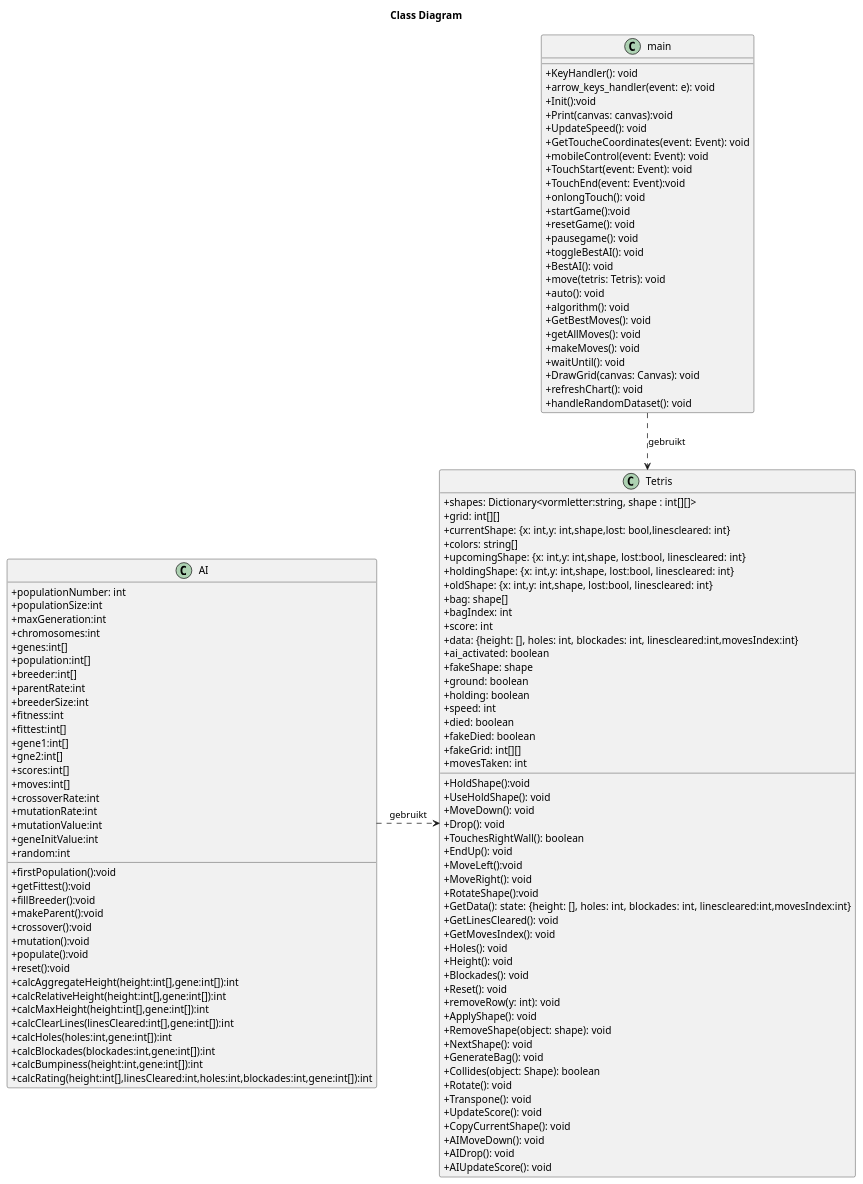
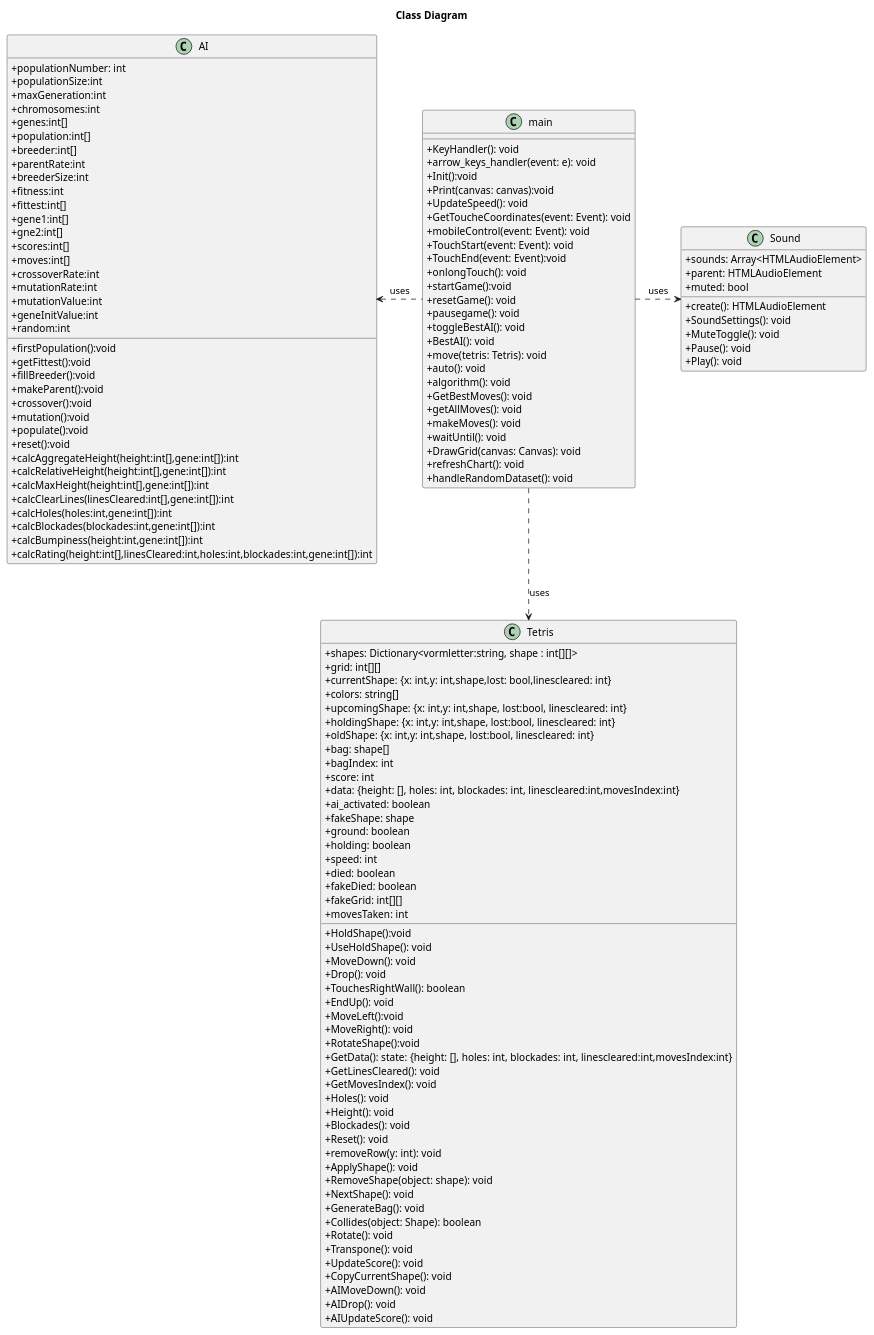
Before and after one commit to matissecallewaert/ai-tetris: the diagram in Analyse/Class.puml, drawn with PlantUML. The commit also changed 2 other files, not shown here.

```diff
--- a/Analyse/Class.puml
+++ b/Analyse/Class.puml
@@ -1,125 +1,139 @@
 @startuml klassediagram tetrisAI
 
 title ==Class Diagram==
 
 skinparam ClassAttributeIconSize 0
 class Tetris{
     +shapes: Dictionary<vormletter:string, shape : int[][]>
     +grid: int[][]
     +currentShape: {x: int,y: int,shape,lost: bool,linescleared: int}
     +colors: string[]
     +upcomingShape: {x: int,y: int,shape, lost:bool, linescleared: int}
     +holdingShape: {x: int,y: int,shape, lost:bool, linescleared: int}
     +oldShape: {x: int,y: int,shape, lost:bool, linescleared: int}
     +bag: shape[]
     +bagIndex: int
     +score: int
     +data: {height: [], holes: int, blockades: int, linescleared:int,movesIndex:int}
     +ai_activated: boolean
     +fakeShape: shape
     +ground: boolean
     +holding: boolean   
     +speed: int
     +died: boolean
     +fakeDied: boolean
     +fakeGrid: int[][]
     +HoldShape():void
     +UseHoldShape(): void
     +movesTaken: int
     +MoveDown(): void
     +Drop(): void
     +TouchesRightWall(): boolean
     +EndUp(): void
     +MoveLeft():void
     +MoveRight(): void
     +RotateShape():void
     +GetData(): state: {height: [], holes: int, blockades: int, linescleared:int,movesIndex:int}
     +GetLinesCleared(): void
     +GetMovesIndex(): void
     +Holes(): void
     +Height(): void
     +Blockades(): void
     +Reset(): void
     +removeRow(y: int): void
     +ApplyShape(): void
     +RemoveShape(object: shape): void
     +NextShape(): void
     +GenerateBag(): void
     +Collides(object: Shape): boolean
     +Rotate(): void
     +Transpone(): void
     +UpdateScore(): void
     +CopyCurrentShape(): void
     +AIMoveDown(): void
     +AIDrop(): void
     +AIUpdateScore(): void
 }
 class AI{
     +populationNumber: int
     +populationSize:int
     +maxGeneration:int
     +chromosomes:int
     +genes:int[]
     +population:int[]
     +breeder:int[]
     +parentRate:int
     +breederSize:int
     +fitness:int
     +fittest:int[]
     +gene1:int[]
     +gne2:int[]
     +scores:int[]
     +moves:int[]
     +crossoverRate:int
     +mutationRate:int
     +mutationValue:int
     +geneInitValue:int
     +random:int
     +firstPopulation():void
     +getFittest():void
     +fillBreeder():void
     +makeParent():void
     +crossover():void
     +mutation():void
     +populate():void
     +reset():void
     +calcAggregateHeight(height:int[],gene:int[]):int
     +calcRelativeHeight(height:int[],gene:int[]):int
     +calcMaxHeight(height:int[],gene:int[]):int
     +calcClearLines(linesCleared:int[],gene:int[]):int
     +calcHoles(holes:int,gene:int[]):int
     +calcBlockades(blockades:int,gene:int[]):int
     +calcBumpiness(height:int,gene:int[]):int
     +calcRating(height:int[],linesCleared:int,holes:int,blockades:int,gene:int[]):int
 }
 class main{
     +KeyHandler(): void
     +arrow_keys_handler(event: e): void
     +Init():void
     +Print(canvas: canvas):void
     +UpdateSpeed(): void
     +GetToucheCoordinates(event: Event): void
     +mobileControl(event: Event): void
     +TouchStart(event: Event): void
     +TouchEnd(event: Event):void
     +onlongTouch(): void
     +startGame():void
     +resetGame(): void
     +pausegame(): void
     +toggleBestAI(): void
     +BestAI(): void
     +move(tetris: Tetris): void
     +auto(): void
     +algorithm(): void
     +GetBestMoves(): void
     +getAllMoves(): void
     +makeMoves(): void
     +waitUntil(): void
     +DrawGrid(canvas: Canvas): void
     +refreshChart(): void
     +handleRandomDataset(): void
     
 }
-main ..> Tetris: gebruikt
-AI .> Tetris: gebruikt
+
+class Sound{
+    +sounds: Array<HTMLAudioElement>
+    +parent: HTMLAudioElement
+    +muted: bool
+    +create(): HTMLAudioElement
+    +SoundSettings(): void
+    +MuteToggle(): void
+    +Pause(): void
+    +Play(): void
+}
+
+main .down.> Tetris: uses
+main .right.> Sound: uses
+main .left.> AI: uses
+/' AI .down.> Tetris: uses '/
 @enduml
```
